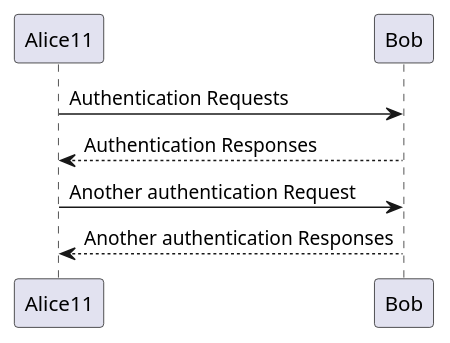
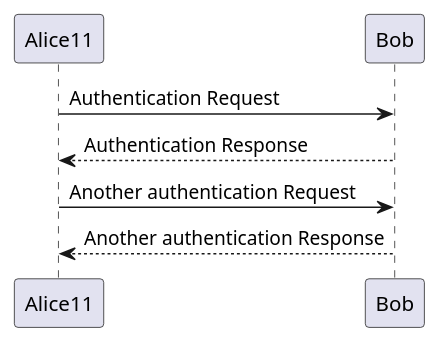
The diagram in docs/architecture/new.puml (VamshiAnumolu/plant-uml-action), drawn with PlantUML before and after one commit.

```diff
--- a/docs/architecture/new.puml
+++ b/docs/architecture/new.puml
@@ -1,7 +1,7 @@
 @startuml
-Alice11 -> Bob: Authentication Requests
-Bob --> Alice11: Authentication Responses
+Alice11 -> Bob: Authentication Request
+Bob --> Alice11: Authentication Response
 
 Alice11 -> Bob: Another authentication Request
-Alice11 <-- Bob: Another authentication Responses
+Alice11 <-- Bob: Another authentication Response
 @enduml
```
